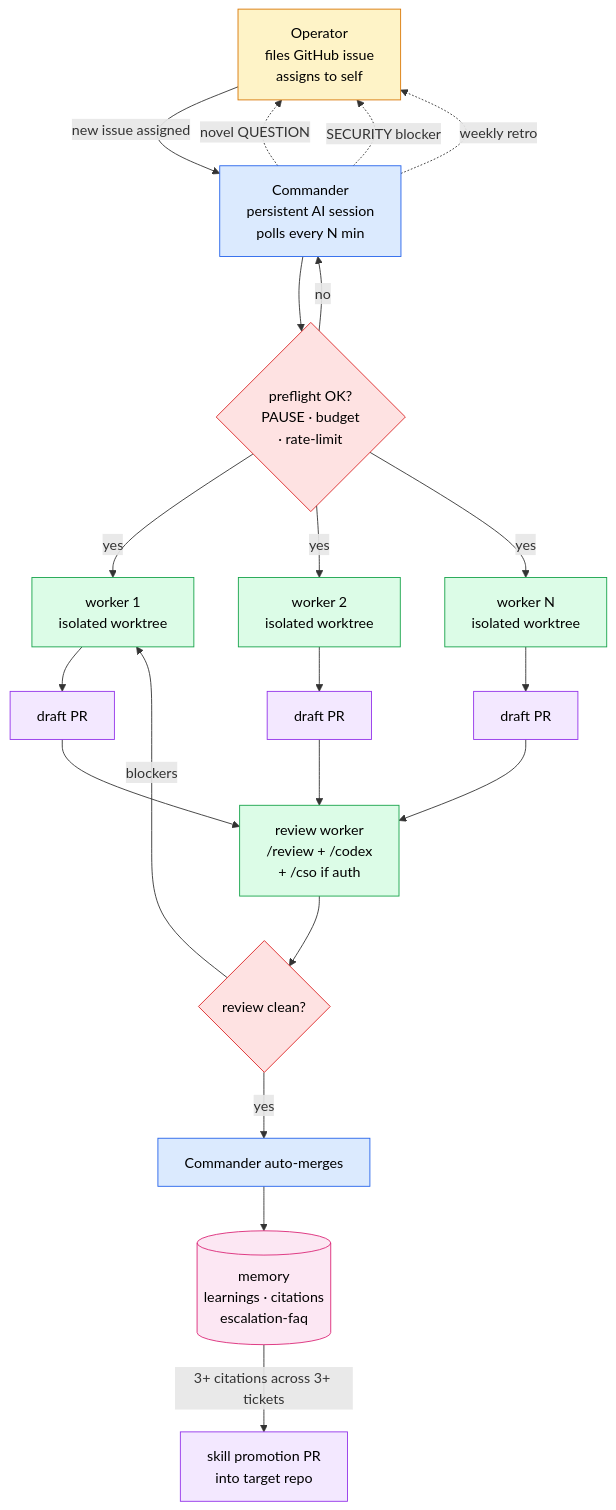
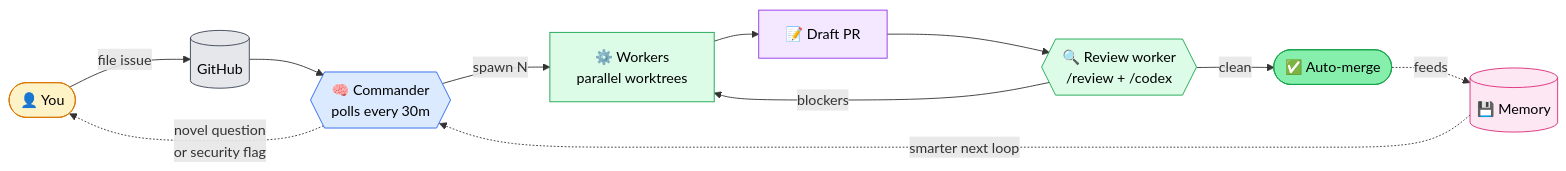
One commit to tonychang04/hydra changed the first of 2 diagrams in README.md. Above: the diagram before and after it, drawn with Mermaid. The commit also changed other lines of this file, not shown here.

Commit message:
README: crisper diagrams — LR happy-path + inside-one-iteration flow

````diff
--- a/README.md
+++ b/README.md
@@ -19,42 +19,22 @@
 ```mermaid
-flowchart TB
-    classDef operator fill:#fef3c7,stroke:#d97706,color:#000
-    classDef commander fill:#dbeafe,stroke:#2563eb,color:#000
-    classDef worker fill:#dcfce7,stroke:#16a34a,color:#000
-    classDef pr fill:#f3e8ff,stroke:#9333ea,color:#000
-    classDef mem fill:#fce7f3,stroke:#db2777,color:#000
-    classDef gate fill:#fee2e2,stroke:#dc2626,color:#000
+flowchart LR
+    You([👤 You]) -->|file issue| GH[(GitHub)]
+    GH --> C{{🧠 Commander<br/>polls every 30m}}
+    C -->|spawn N| W[⚙️ Workers<br/>parallel worktrees]
+    W --> PR[📝 Draft PR]
+    PR --> R{{🔍 Review worker<br/>/review + /codex}}
+    R -->|clean| M([✅ Auto-merge])
+    R -->|blockers| W
+    M -.->|feeds| Mem[(💾 Memory)]
+    Mem -.->|smarter next loop| C
+    C -.->|novel question<br/>or security flag| You
 
-    O[Operator<br/>files GitHub issue<br/>assigns to self]:::operator
-    C[Commander<br/>persistent AI session<br/>polls every N min]:::commander
-    PRE{preflight OK?<br/>PAUSE · budget<br/>· rate-limit}:::gate
-    W1[worker 1<br/>isolated worktree]:::worker
-    W2[worker 2<br/>isolated worktree]:::worker
-    W3[worker N<br/>isolated worktree]:::worker
-    PR1[draft PR]:::pr
-    PR2[draft PR]:::pr
-    PR3[draft PR]:::pr
-    RV[review worker<br/>/review + /codex<br/>+ /cso if auth]:::worker
-    CLEAN{review clean?}:::gate
-    MERGE[Commander auto-merges]:::commander
-    MEM[(memory<br/>learnings · citations<br/>escalation-faq)]:::mem
-    SK[skill promotion PR<br/>into target repo]:::pr
-
-    O -->|new issue assigned| C
-    C --> PRE
-    PRE -->|yes| W1 & W2 & W3
-    PRE -->|no| C
-    W1 --> PR1
-    W2 --> PR2
-    W3 --> PR3
-    PR1 & PR2 & PR3 --> RV
-    RV --> CLEAN
-    CLEAN -->|yes| MERGE
-    CLEAN -->|blockers| W1
-    MERGE --> MEM
-    MEM -->|3+ citations across 3+ tickets| SK
-
-    C -. novel QUESTION .-> O
-    C -. SECURITY blocker .-> O
-    C -. weekly retro .-> O
+    style You fill:#fef3c7,stroke:#d97706,color:#000
+    style GH fill:#e5e7eb,stroke:#374151,color:#000
+    style C fill:#dbeafe,stroke:#2563eb,color:#000
+    style W fill:#dcfce7,stroke:#16a34a,color:#000
+    style PR fill:#f3e8ff,stroke:#9333ea,color:#000
+    style R fill:#dcfce7,stroke:#16a34a,color:#000
+    style M fill:#86efac,stroke:#16a34a,color:#000
+    style Mem fill:#fce7f3,stroke:#db2777,color:#000
 ```
````
